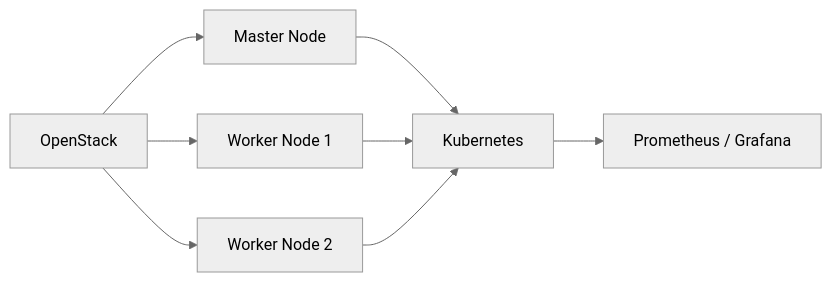
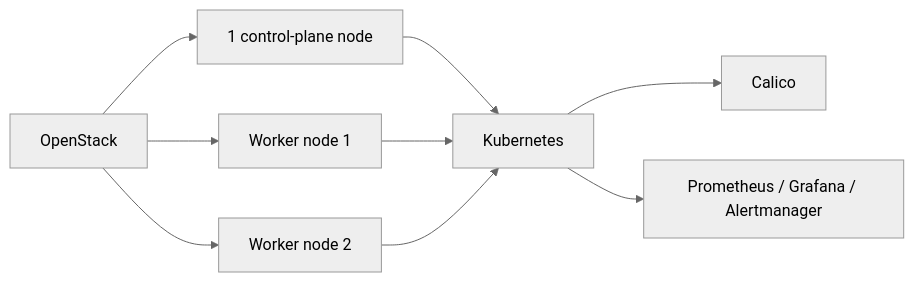
Before and after one commit to farah-ben-harb/k8s-cluster-automation: the diagram in README.md, drawn with Mermaid (neutral theme). The commit also changed other lines of this file, not shown here.

````diff
--- a/README.md
+++ b/README.md
@@ -16,10 +17,11 @@
 ```mermaid
 flowchart LR
-    OpenStack[OpenStack] --> Master[Master Node]
-    OpenStack --> Worker1[Worker Node 1]
-    OpenStack --> Worker2[Worker Node 2]
-    Master --> K8s[Kubernetes]
-    Worker1 --> K8s
-    Worker2 --> K8s
-    K8s --> Monitoring[Prometheus / Grafana]
+    OpenStack --> ControlPlane[1 control-plane node]
+    OpenStack --> Worker1[Worker node 1]
+    OpenStack --> Worker2[Worker node 2]
+    ControlPlane --> Kubernetes
+    Worker1 --> Kubernetes
+    Worker2 --> Kubernetes
+    Kubernetes --> Calico
+    Kubernetes --> Monitoring[Prometheus / Grafana / Alertmanager]
 ```
````
